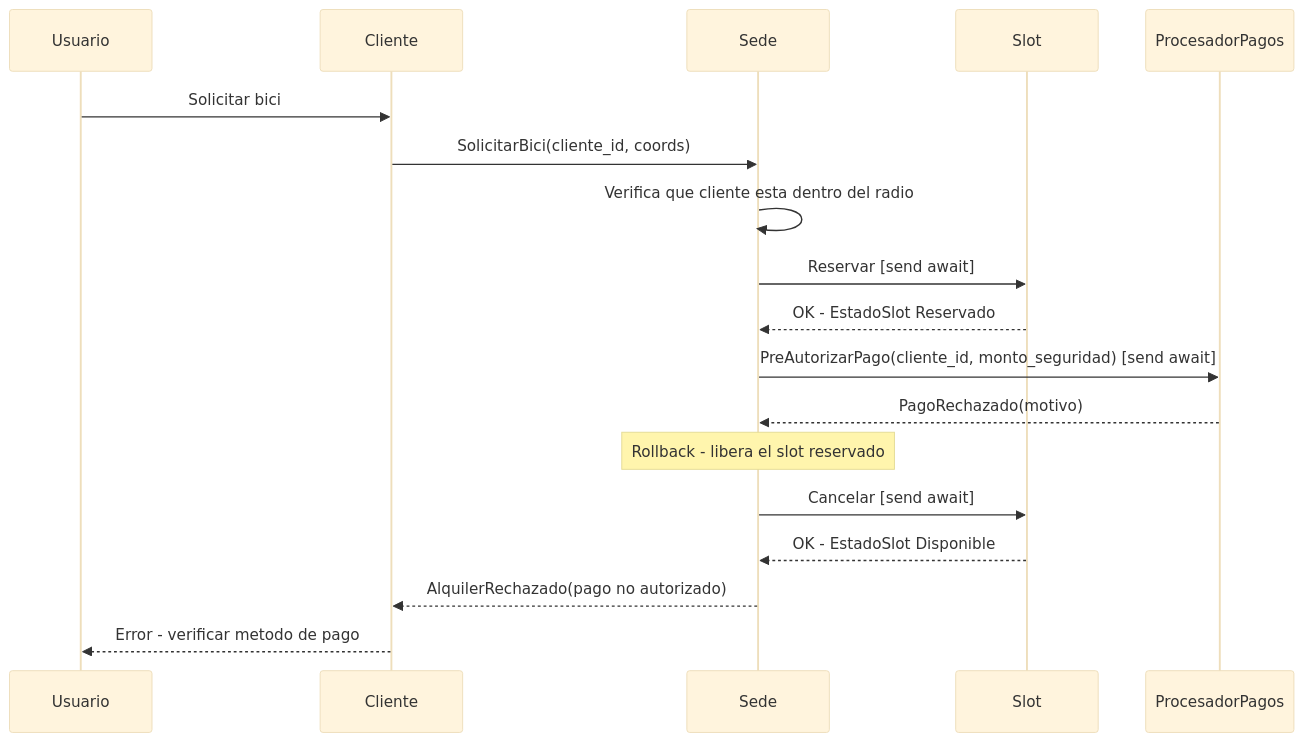
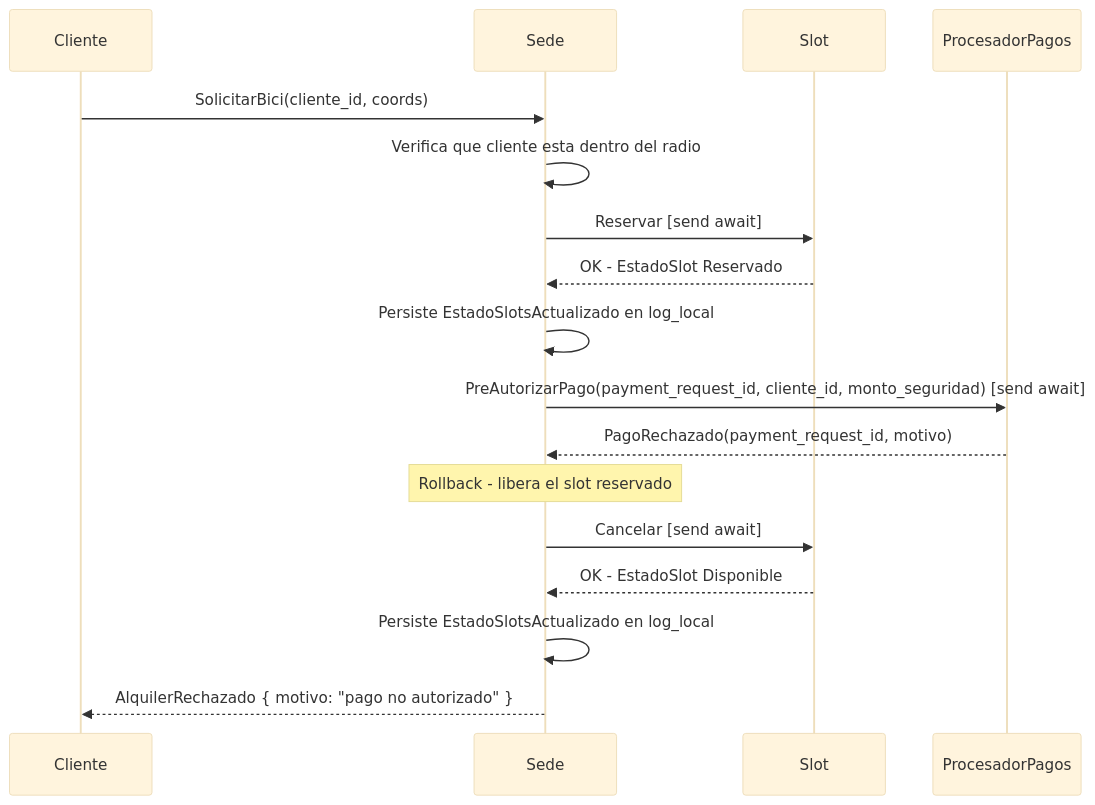
Before and after one commit to Jmenechian/distributed-bike-sharing: the sixth of 15 diagrams in README.md, drawn with Mermaid (base theme). The commit also changed other lines of this file, not shown here.

````diff
--- a/README.md
+++ b/README.md
@@ -650,21 +1188,20 @@
 ```mermaid
 sequenceDiagram
-    participant Usuario
     participant Cliente
     participant Sede
     participant Slot
     participant ProcesadorPagos
 
-    Usuario->>Cliente: Solicitar bici
     Cliente->>Sede: SolicitarBici(cliente_id, coords)
     Sede->>Sede: Verifica que cliente esta dentro del radio
     Sede->>Slot: Reservar [send await]
     Slot-->>Sede: OK - EstadoSlot Reservado
-    Sede->>ProcesadorPagos: PreAutorizarPago(cliente_id, monto_seguridad) [send await]
-    ProcesadorPagos-->>Sede: PagoRechazado(motivo)
+    Sede->>Sede: Persiste EstadoSlotsActualizado en log_local
+    Sede->>ProcesadorPagos: PreAutorizarPago(payment_request_id, cliente_id, monto_seguridad) [send await]
+    ProcesadorPagos-->>Sede: PagoRechazado(payment_request_id, motivo)
     Note over Sede: Rollback - libera el slot reservado
     Sede->>Slot: Cancelar [send await]
     Slot-->>Sede: OK - EstadoSlot Disponible
-    Sede-->>Cliente: AlquilerRechazado(pago no autorizado)
-    Cliente-->>Usuario: Error - verificar metodo de pago
+    Sede->>Sede: Persiste EstadoSlotsActualizado en log_local
+    Sede-->>Cliente: AlquilerRechazado { motivo: "pago no autorizado" }
 ```
````
